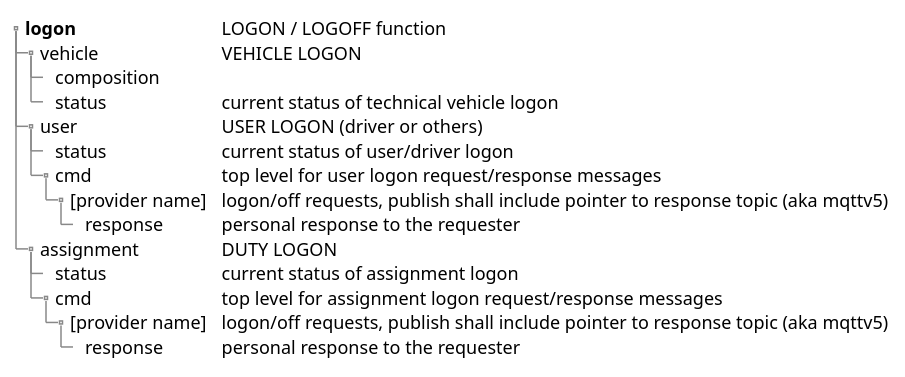
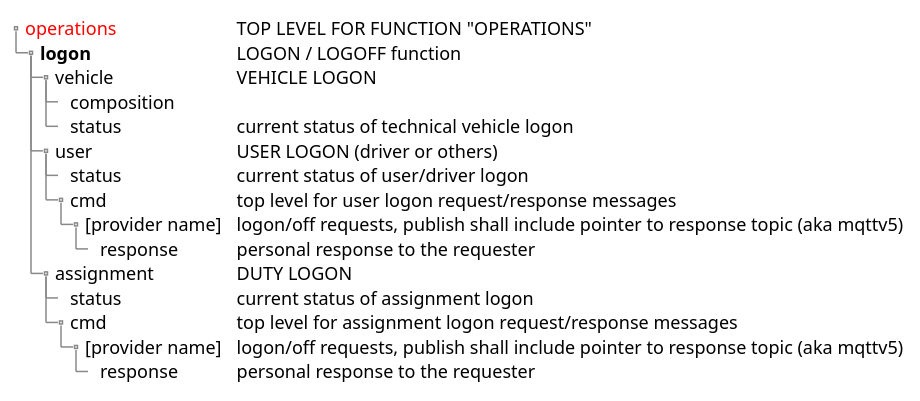
One commit to ITxPT/schematest changed the diagram in puml-linktest/logon_mqtt-topics.puml. Above: the diagram before and after it, drawn with PlantUML.

```diff
--- a/puml-linktest/logon_mqtt-topics.puml
+++ b/puml-linktest/logon_mqtt-topics.puml
@@ -1,29 +1,30 @@
 @startsalt (id=logon)
 
 ' Logon topics
 ' Status: workdoc, version 0.1
 ' the first topic level (+) is assigned to the ITxPT root topic
 ' the second topic level (++) that is the parent of logon is "operations"
 ' eg. the mounting point for this document is: [ITxPT root topic]/operations/..
 {
 {T
 '.
+++ <font color=red>operations | <font color=black>TOP LEVEL FOR FUNCTION "OPERATIONS"
 +++ **logon** | LOGON / LOGOFF function
 ++++ vehicle | VEHICLE LOGON
 +++++ composition
 +++++ status | current status of technical vehicle logon
 
 ++++ user | USER LOGON (driver or others)
 +++++ status | current status of user/driver logon
 +++++ cmd | top level for user logon request/response messages
 ++++++ [provider name] | logon/off requests, publish shall include pointer to response topic (aka mqttv5)
 +++++++ response | personal response to the requester
 
 ++++ assignment | DUTY LOGON
 +++++ status | current status of assignment logon
 +++++ cmd | top level for assignment logon request/response messages
 ++++++ [provider name] | logon/off requests, publish shall include pointer to response topic (aka mqttv5)
 +++++++ response | personal response to the requester
 }
 }
 @endsalt
```
